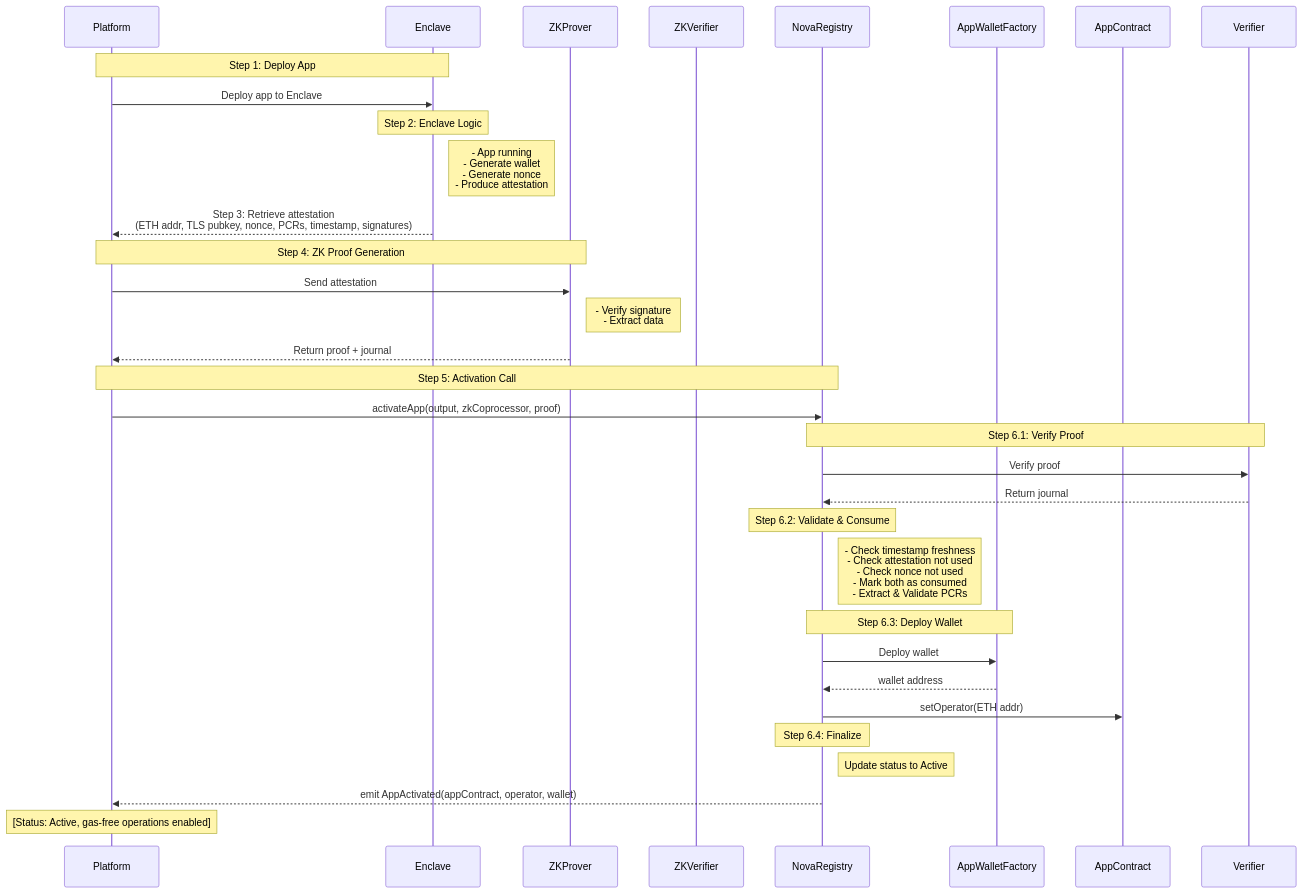
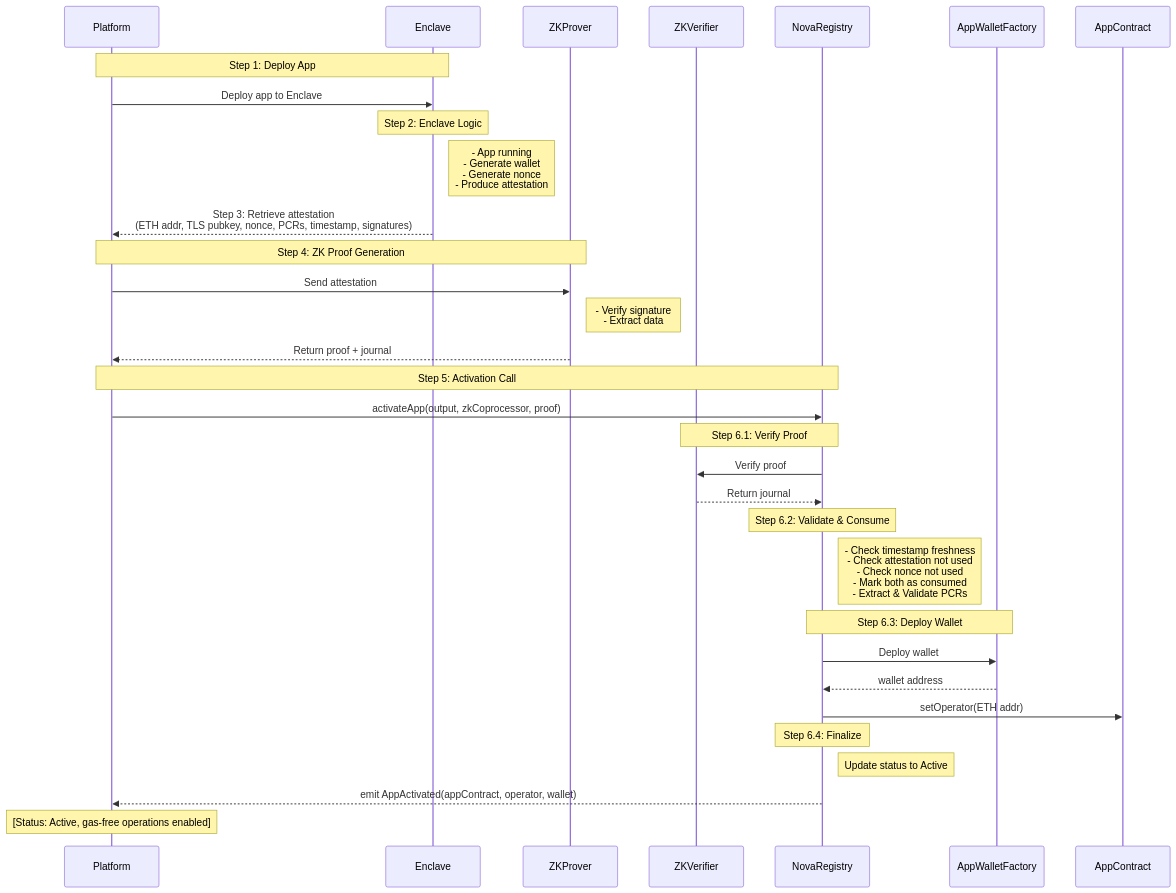
Before and after one commit to zfdang/smart-contract-wallet: the second of 4 diagrams in docs/DESIGN.md, drawn with Mermaid.

Commit message:
update diagram

````diff
--- a/docs/DESIGN.md
+++ b/docs/DESIGN.md
@@ -170,44 +170,44 @@
 ```mermaid
 sequenceDiagram
     participant Platform
     participant Enclave
     participant ZKProver
     participant ZKVerifier
     participant NovaRegistry
     participant AppWalletFactory
     participant AppContract
 
     Note over Platform, Enclave: Step 1: Deploy App
     Platform->>Enclave: Deploy app to Enclave
     
     Note over Enclave: Step 2: Enclave Logic
     Note right of Enclave: - App running<br/>- Generate wallet<br/>- Generate nonce<br/>- Produce attestation
 
     Enclave-->>Platform: Step 3: Retrieve attestation<br/>(ETH addr, TLS pubkey, nonce, PCRs, timestamp, signatures)
 
     Note over Platform, ZKProver: Step 4: ZK Proof Generation
     Platform->>ZKProver: Send attestation
     Note right of ZKProver: - Verify signature<br/>- Extract data
     ZKProver-->>Platform: Return proof + journal
 
     Note over Platform, NovaRegistry: Step 5: Activation Call
     Platform->>NovaRegistry: activateApp(output, zkCoprocessor, proof)
 
-    Note over NovaRegistry, Verifier: Step 6.1: Verify Proof
-    NovaRegistry->>Verifier: Verify proof
-    Verifier-->>NovaRegistry: Return journal
+    Note over NovaRegistry, ZKVerifier: Step 6.1: Verify Proof
+    NovaRegistry->>ZKVerifier: Verify proof
+    ZKVerifier-->>NovaRegistry: Return journal
 
     Note over NovaRegistry: Step 6.2: Validate & Consume
     Note right of NovaRegistry: - Check timestamp freshness<br/>- Check attestation not used<br/>- Check nonce not used<br/>- Mark both as consumed<br/>- Extract & Validate PCRs
 
     Note over NovaRegistry, AppWalletFactory: Step 6.3: Deploy Wallet
     NovaRegistry->>AppWalletFactory: Deploy wallet
     AppWalletFactory-->>NovaRegistry: wallet address
     NovaRegistry->>AppContract: setOperator(ETH addr)
 
     Note over NovaRegistry: Step 6.4: Finalize
     Note right of NovaRegistry: Update status to Active
     NovaRegistry-->>Platform: emit AppActivated(appContract, operator, wallet)
     
     Note over Platform: [Status: Active, gas-free operations enabled]
 ```
````
